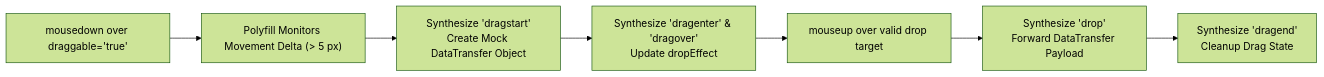
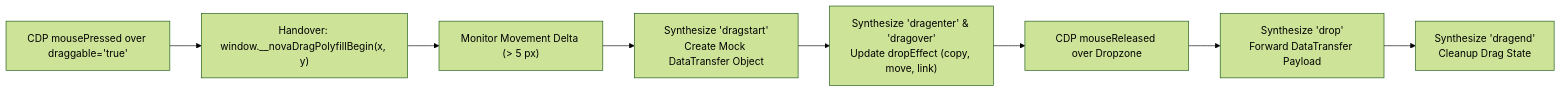
One commit to joelaniol/nova changed the second of 4 diagrams in docs/core-features/browser-interaction/drag-and-drop/README.md. Above: the diagram before and after it, drawn with Mermaid (forest theme). The commit also changed other lines of this file and 6 other files, not shown here.

Commit message:
docs(browser-interaction): expand architectural reference with input dispatch, drag polyfill, and guarded macros

````diff
--- a/docs/core-features/browser-interaction/drag-and-drop/README.md
+++ b/docs/core-features/browser-interaction/drag-and-drop/README.md
@@ -110,9 +72,10 @@
 ```mermaid
 flowchart LR
-    MouseDown["mousedown over draggable='true'"] --> Monitor["Polyfill Monitors Movement Delta (> 5 px)"]
-    Monitor --> DragStart["Synthesize 'dragstart'\nCreate Mock DataTransfer Object"]
-    DragStart --> DragOver["Synthesize 'dragenter' & 'dragover'\nUpdate dropEffect"]
-    DragOver --> MouseUp["mouseup over valid drop target"]
+    Start["CDP mousePressed over draggable='true'"] --> Handover["Handover: window.__novaDragPolyfillBegin(x, y)"]
+    Handover --> Threshold["Monitor Movement Delta (> 5 px)"]
+    Threshold --> DragStart["Synthesize 'dragstart'\nCreate Mock DataTransfer Object"]
+    DragStart --> DragOver["Synthesize 'dragenter' & 'dragover'\nUpdate dropEffect (copy, move, link)"]
+    DragOver --> MouseUp["CDP mouseReleased over Dropzone"]
     MouseUp --> Drop["Synthesize 'drop'\nForward DataTransfer Payload"]
     Drop --> DragEnd["Synthesize 'dragend'\nCleanup Drag State"]
 ```
````
